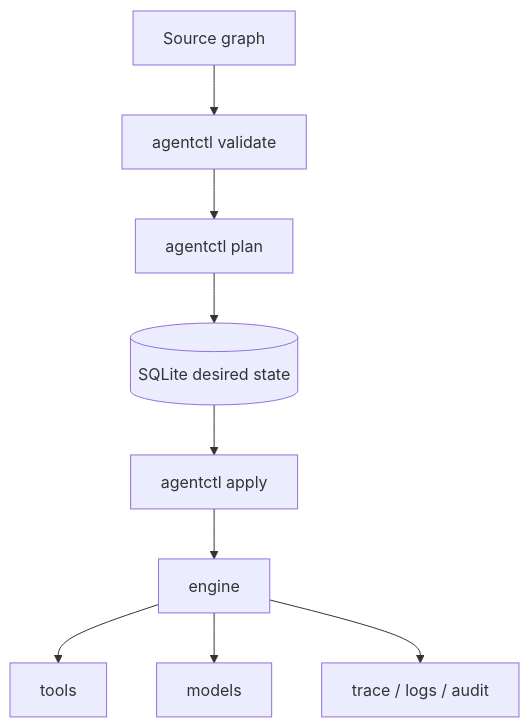
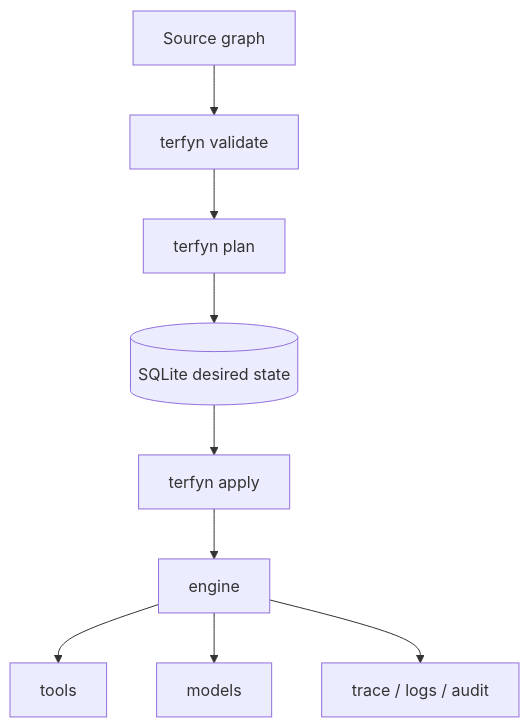
The diagram in docs/architecture.md (LAA-Software-Engineering/agentic-control-plane), drawn with Mermaid before and after one commit. The commit also changed other lines of this file and 77 other files, not shown here.

First line of the commit message:
chore: rename agentctl CLI to terfyn

````diff
--- a/docs/architecture.md
+++ b/docs/architecture.md
@@ -9,11 +9,11 @@
 ```mermaid
 flowchart TB
-  Source[Source graph] --> Validate[agentctl validate]
-  Validate --> Plan[agentctl plan]
+  Source[Source graph] --> Validate[terfyn validate]
+  Validate --> Plan[terfyn plan]
   Plan --> SQLite[(SQLite desired state)]
-  SQLite --> Apply[agentctl apply]
+  SQLite --> Apply[terfyn apply]
   Apply --> Engine[engine]
   Engine --> Tools[tools]
   Engine --> Models[models]
   Engine --> Trace[trace / logs / audit]
 ```
````
